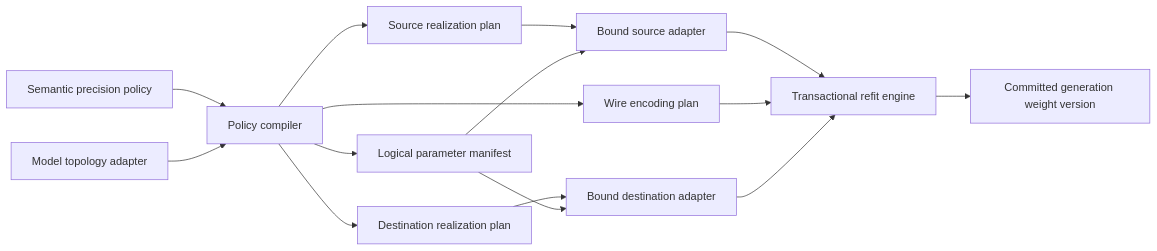
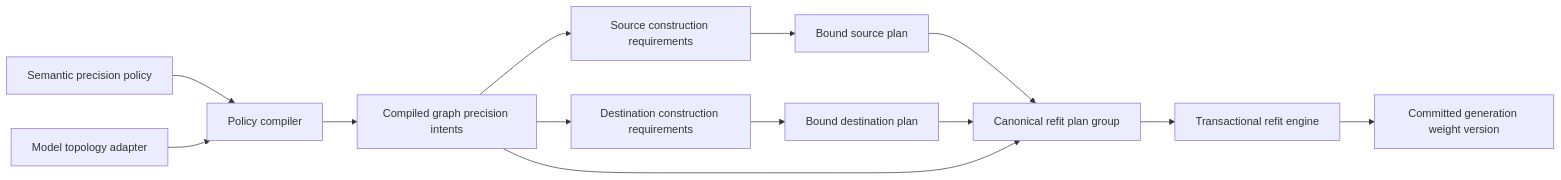
One commit to seonjinn/RL changed the diagram in docs/design-docs/semantic-precision-refit.md. Above: the diagram before and after it, drawn with Mermaid. The commit also changed other lines of this file and 1 other file, not shown here.

Commit message:
docs: plan semantic precision refit implementation

````diff
--- a/docs/design-docs/semantic-precision-refit.md
+++ b/docs/design-docs/semantic-precision-refit.md
@@ -95,17 +95,15 @@
 ```mermaid
 flowchart LR
     P[Semantic precision policy] --> C[Policy compiler]
     T[Model topology adapter] --> C
-    C --> L[Logical parameter manifest]
-    C --> S[Source realization plan]
-    C --> W[Wire encoding plan]
-    C --> D[Destination realization plan]
-    S --> SB[Bound source adapter]
-    D --> DB[Bound destination adapter]
-    L --> SB
-    L --> DB
-    SB --> R[Transactional refit engine]
-    W --> R
-    DB --> R
+    C --> I[Compiled graph precision intents]
+    I --> S[Source construction requirements]
+    I --> D[Destination construction requirements]
+    S --> SB[Bound source plan]
+    D --> DB[Bound destination plan]
+    SB --> CP[Canonical refit plan group]
+    DB --> CP
+    I --> CP
+    CP --> R[Transactional refit engine]
     R --> V[Committed generation weight version]
 ```
````
